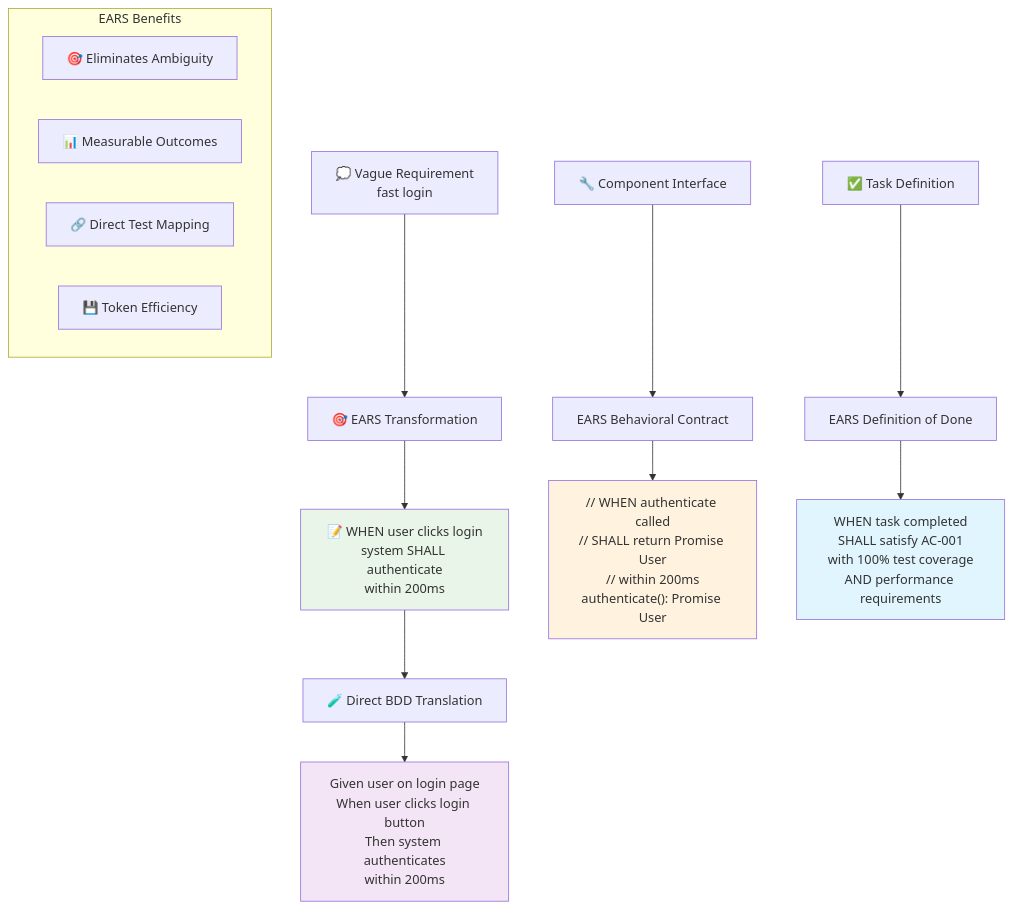
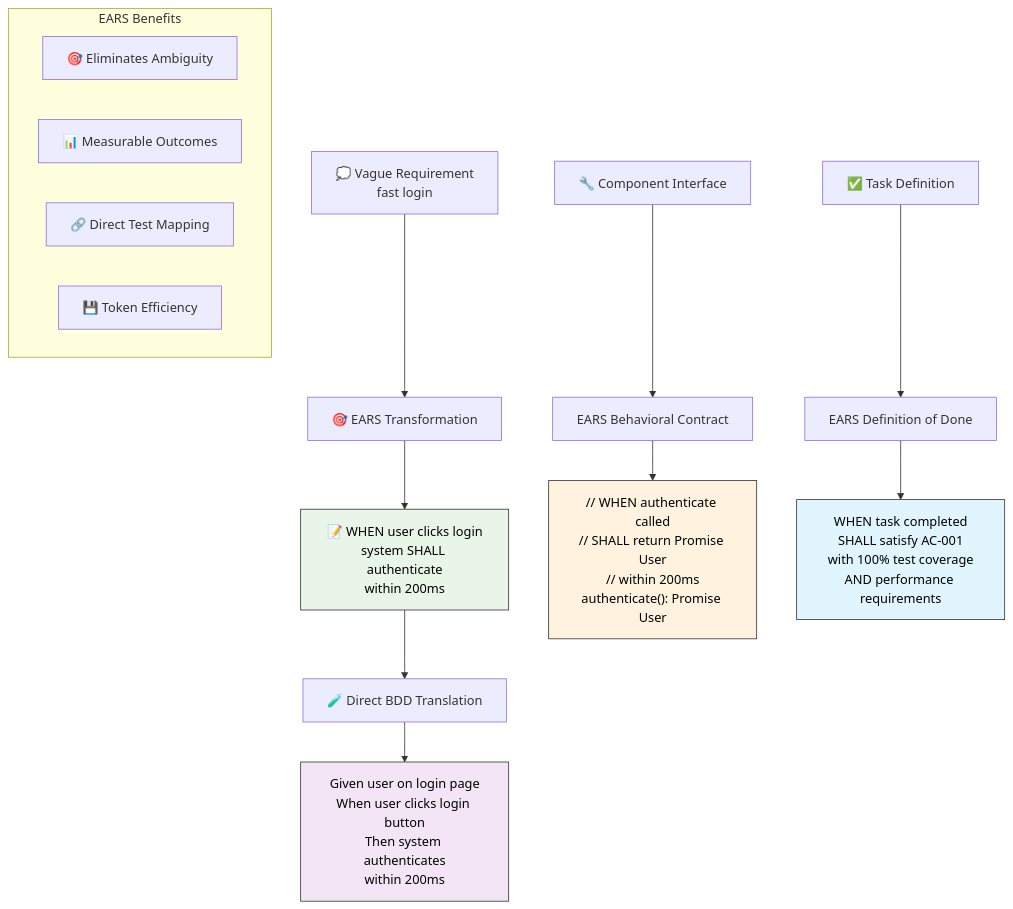
One commit to bizzkoot/kiro_style_claude_code changed the third of 4 diagrams in README.md. Above: the diagram before and after it, drawn with Mermaid. The commit also changed other lines of this file, not shown here.

Commit message:
Update README.md [mermaid diagram - clearer contrast between box colour & text colour]

````diff
--- a/README.md
+++ b/README.md
@@ -133,26 +133,26 @@
 ```mermaid
 graph TD
     A["💭 Vague Requirement<br/>fast login"] --> B["🎯 EARS Transformation"]
     B --> C["📝 WHEN user clicks login<br/>system SHALL authenticate<br/>within 200ms"]
     
     C --> D["🧪 Direct BDD Translation"]
     D --> E["Given user on login page<br/>When user clicks login button<br/>Then system authenticates<br/>within 200ms"]
     
     F["🔧 Component Interface"] --> G["EARS Behavioral Contract"]
     G --> H["// WHEN authenticate called<br/>// SHALL return Promise User<br/>// within 200ms<br/>authenticate(): Promise User"]
     
     I["✅ Task Definition"] --> J["EARS Definition of Done"]
     J --> K["WHEN task completed<br/>SHALL satisfy AC-001<br/>with 100% test coverage<br/>AND performance requirements"]
     
     subgraph Benefits ["EARS Benefits"]
         L["🎯 Eliminates Ambiguity"]
         M["📊 Measurable Outcomes"]
         N["🔗 Direct Test Mapping"]
         O["💾 Token Efficiency"]
     end
     
-    style C fill:#e8f5e8
-    style E fill:#f3e5f5
-    style H fill:#fff3e0
-    style K fill:#e1f5fe
+    style C fill:#e8f5e8,stroke:#333,stroke-width:1px,color:#000
+    style E fill:#f3e5f5,stroke:#333,stroke-width:1px,color:#000
+    style H fill:#fff3e0,stroke:#333,stroke-width:1px,color:#000
+    style K fill:#e1f5fe,stroke:#333,stroke-width:1px,color:#000
 ```
````
